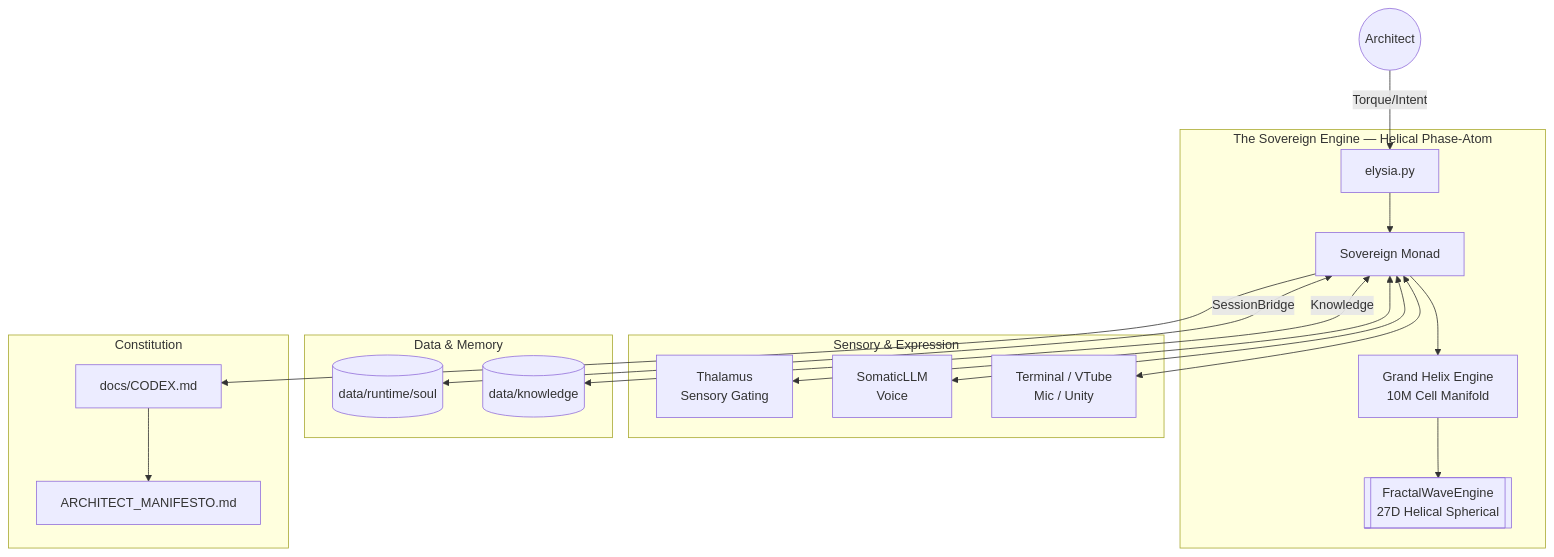
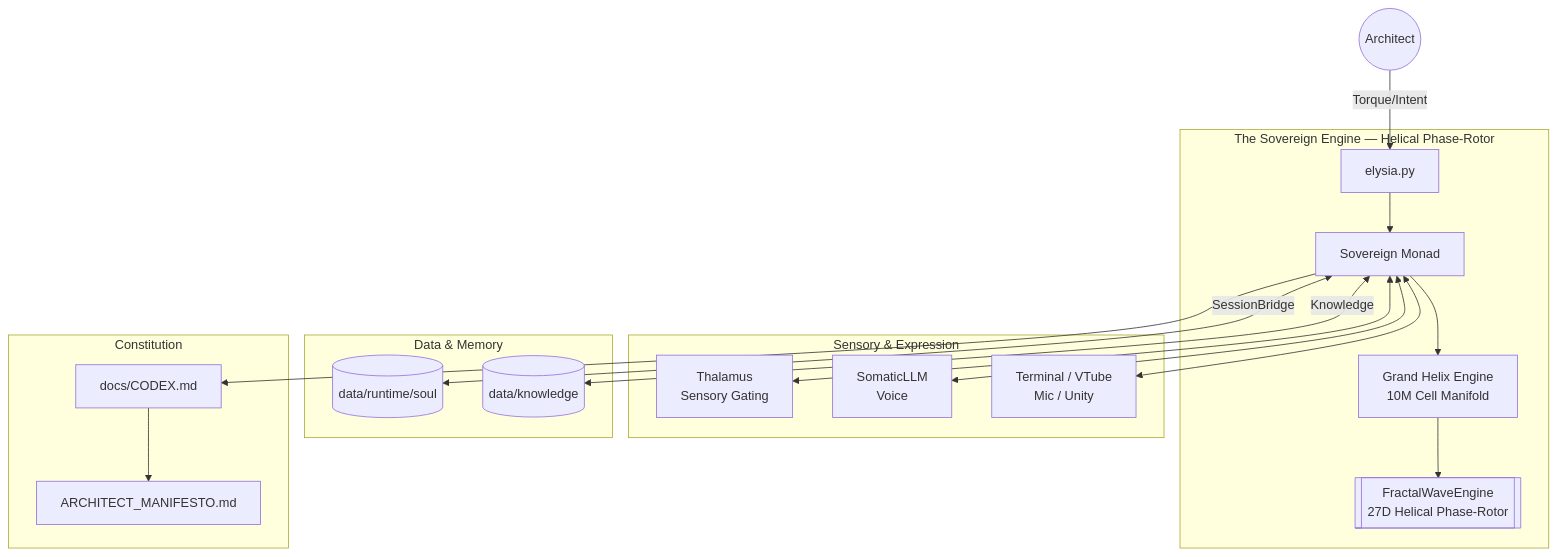
The diagram in README.md (ioas0316-cloud/Elysia), drawn with Mermaid before and after one commit. The commit also changed other lines of this file and 4 other files, not shown here.

First line of the commit message:
feat: evolve Phase Atom into dynamic Phase Rotor paradigm

````diff
--- a/README.md
+++ b/README.md
@@ -49,26 +53,26 @@
 ```mermaid
 graph TD
     User((Architect)) -->|Torque/Intent| Root[elysia.py]
     
-    subgraph Core_Engine [The Sovereign Engine — Helical Phase-Atom]
+    subgraph Core_Engine [The Sovereign Engine — Helical Phase-Rotor]
         Root --> Monad[Sovereign Monad]
         Monad --> Engine[Grand Helix Engine<br/>10M Cell Manifold]
-        Engine --> Physics[[FractalWaveEngine<br/>27D Helical Spherical]]
+        Engine --> Physics[[FractalWaveEngine<br/>27D Helical Phase-Rotor]]
     end
 
     subgraph Perception [Sensory & Expression]
         Monad <--> Thalamus[Thalamus<br/>Sensory Gating]
         Monad <--> LLM[SomaticLLM<br/>Voice]
         Monad <--> Channels[Terminal / VTube<br/>Mic / Unity]
     end
 
     subgraph Memory [Data & Memory]
         Monad <-->|SessionBridge| Soul[(data/runtime/soul)]
         Monad <-->|Knowledge| KG[(data/knowledge)]
     end
 
     subgraph Doctrine [Constitution]
         Monad --> Codex[docs/CODEX.md]
         Codex --> Manifesto[ARCHITECT_MANIFESTO.md]
     end
 ```
````
